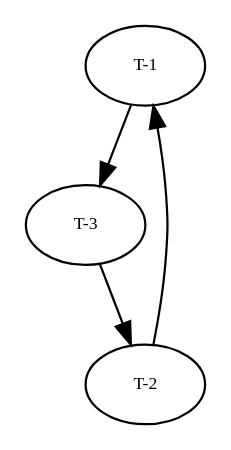
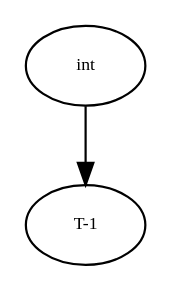
Before and after one commit to HarelOpler/livescript-inference: the diagram in graphs/dg.dot, drawn with Graphviz. The commit also changed 31 other files, not shown here.

```diff
--- a/graphs/dg.dot
+++ b/graphs/dg.dot
@@ -1,28 +1,15 @@
 digraph RGL__DirectedAdjacencyGraph {
+    int [
+        fontsize = 8,
+        label = int
+    ]
+
     "T-1" [
         fontsize = 8,
         label = "T-1"
     ]
 
-    "T-3" [
-        fontsize = 8,
-        label = "T-3"
-    ]
-
-    "T-2" [
-        fontsize = 8,
-        label = "T-2"
-    ]
-
-    "T-1" -> "T-3" [
-        fontsize = 8
-    ]
-
-    "T-3" -> "T-2" [
-        fontsize = 8
-    ]
-
-    "T-2" -> "T-1" [
+    int -> "T-1" [
         fontsize = 8
     ]
 }
```
